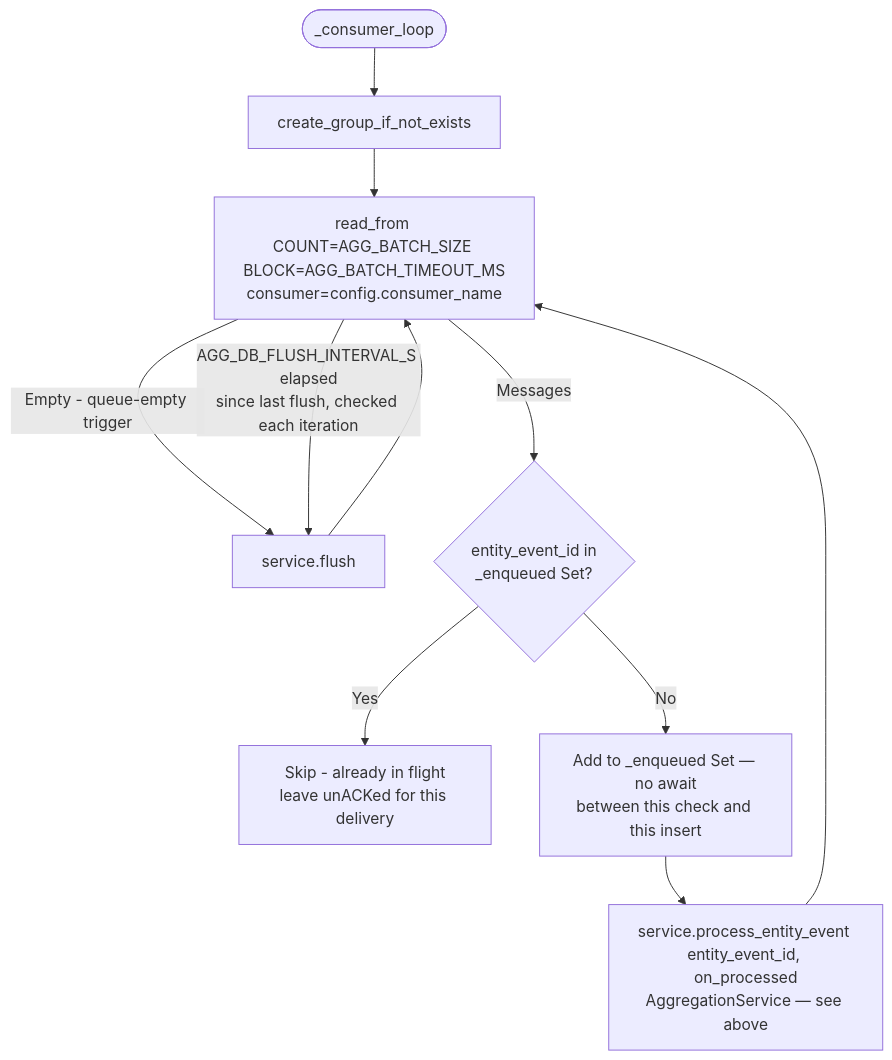
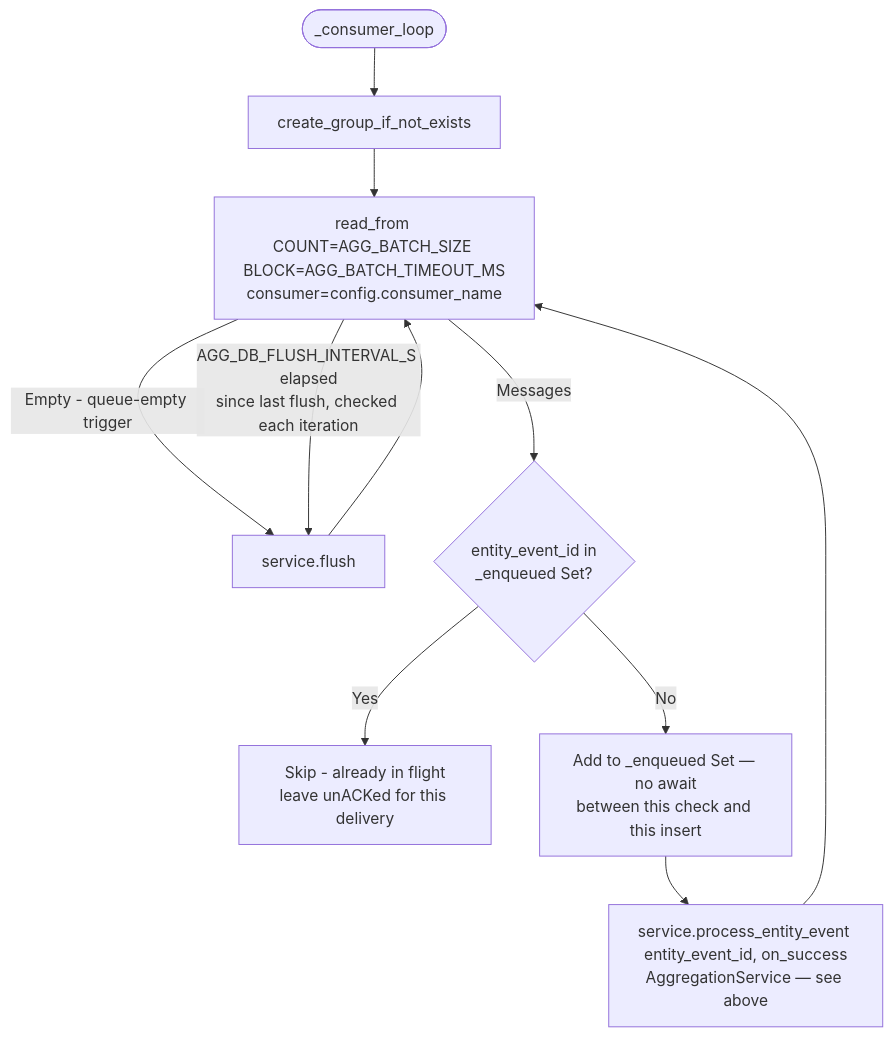
The second of 4 diagrams in stock-assistant-pipeline-intelligence/docs/implementation.md (mars-xiaoyi/wealthfinder), drawn with Mermaid before and after one commit. The commit also changed other lines of this file and 1 other file, not shown here.

````diff
--- a/stock-assistant-pipeline-intelligence/docs/implementation.md
+++ b/stock-assistant-pipeline-intelligence/docs/implementation.md
@@ -3913,13 +3924,13 @@
 ```mermaid
 flowchart TD
     A([_consumer_loop]) --> B[create_group_if_not_exists]
     B --> C[read_from COUNT=AGG_BATCH_SIZE BLOCK=AGG_BATCH_TIMEOUT_MS\nconsumer=config.consumer_name]
     C -->|Empty - queue-empty trigger| FLUSH[service.flush]
     C -->|AGG_DB_FLUSH_INTERVAL_S elapsed\nsince last flush, checked each iteration| FLUSH
     C -->|Messages| RTE{entity_event_id in\n_enqueued Set?}
     RTE -->|Yes| SKIP[Skip - already in flight\nleave unACKed for this delivery]
     RTE -->|No| ADD[Add to _enqueued Set — no await\nbetween this check and this insert]
-    ADD --> D[service.process_entity_event entity_event_id, on_processed\nAggregationService — see above]
+    ADD --> D[service.process_entity_event entity_event_id, on_success\nAggregationService — see above]
     D --> C
     FLUSH --> C
 ```
````
